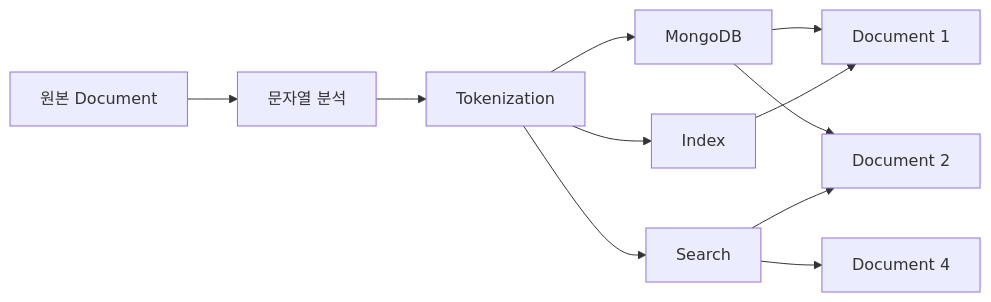
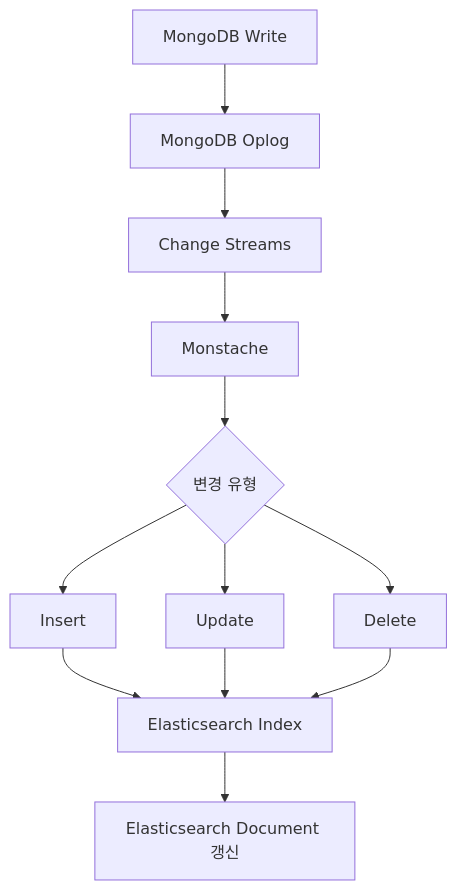
The fifth of 12 diagrams in _posts/study/smart-learning-ent/nosql-mongodb-easy-for-anyone-to-learn/2026-11-12-text-search-and-utilizing-indexes.md (ysiksik/ysiksik.github.io), drawn with Mermaid before and after one commit. The commit also changed other lines of this file, not shown here.

````diff
--- a/_posts/study/smart-learning-ent/nosql-mongodb-easy-for-anyone-to-learn/2026-11-12-text-search-and-utilizing-indexes.md
+++ b/_posts/study/smart-learning-ent/nosql-mongodb-easy-for-anyone-to-learn/2026-11-12-text-search-and-utilizing-indexes.md
@@ -431,30 +385,31 @@
 ```mermaid
-flowchart LR
-    A["원본 Document"]
+flowchart TD
+    A["MongoDB Write"]
+    B["MongoDB Oplog"]
+    C["Change Streams"]
+    D["Monstache"]
 
-    B["문자열 분석"]
-    C["Tokenization"]
+    E{"변경 유형"}
 
-    D["MongoDB"]
-    E["Search"]
-    F["Index"]
+    F["Insert"]
+    G["Update"]
+    H["Delete"]
 
-    G["Document 1"]
-    H["Document 2"]
-    I["Document 4"]
+    I["Elasticsearch Index"]
+    J["Elasticsearch Document 갱신"]
 
     A --> B
     B --> C
+    C --> D
+    D --> E
 
-    C --> D
-    C --> E
-    C --> F
+    E --> F
+    E --> G
+    E --> H
 
-    D --> G
-    D --> H
+    F --> I
+    G --> I
+    H --> I
 
-    E --> H
-    E --> I
-
-    F --> G
+    I --> J
 ```
````
